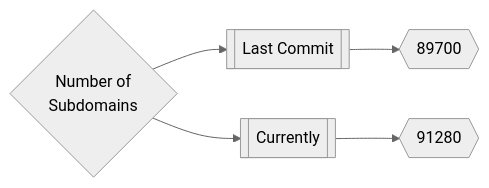
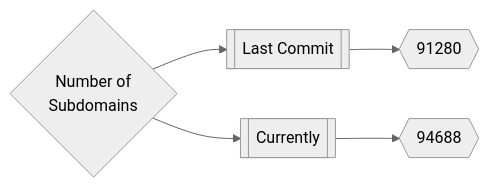
The first of 3 diagrams in README.md (trickest/inventory), drawn with Mermaid (neutral theme) before and after one commit. The commit also changed other lines of this file, not shown here.

Commit message:
Update Mon Mar  7 22:52:46 UTC 2022

````diff
--- a/README.md
+++ b/README.md
@@ -165,5 +165,5 @@
 ```mermaid
 graph LR
-title{Number of<br>Subdomains} --> subdomainsDate1[[Last Commit]] --> subdomainsNum1{{89700}}
-title --> subdomainsDate2[[Currently]] --> subdomainsNum2{{91280}}
+title{Number of<br>Subdomains} --> subdomainsDate1[[Last Commit]] --> subdomainsNum1{{91280}}
+title --> subdomainsDate2[[Currently]] --> subdomainsNum2{{94688}}
 ```
````
